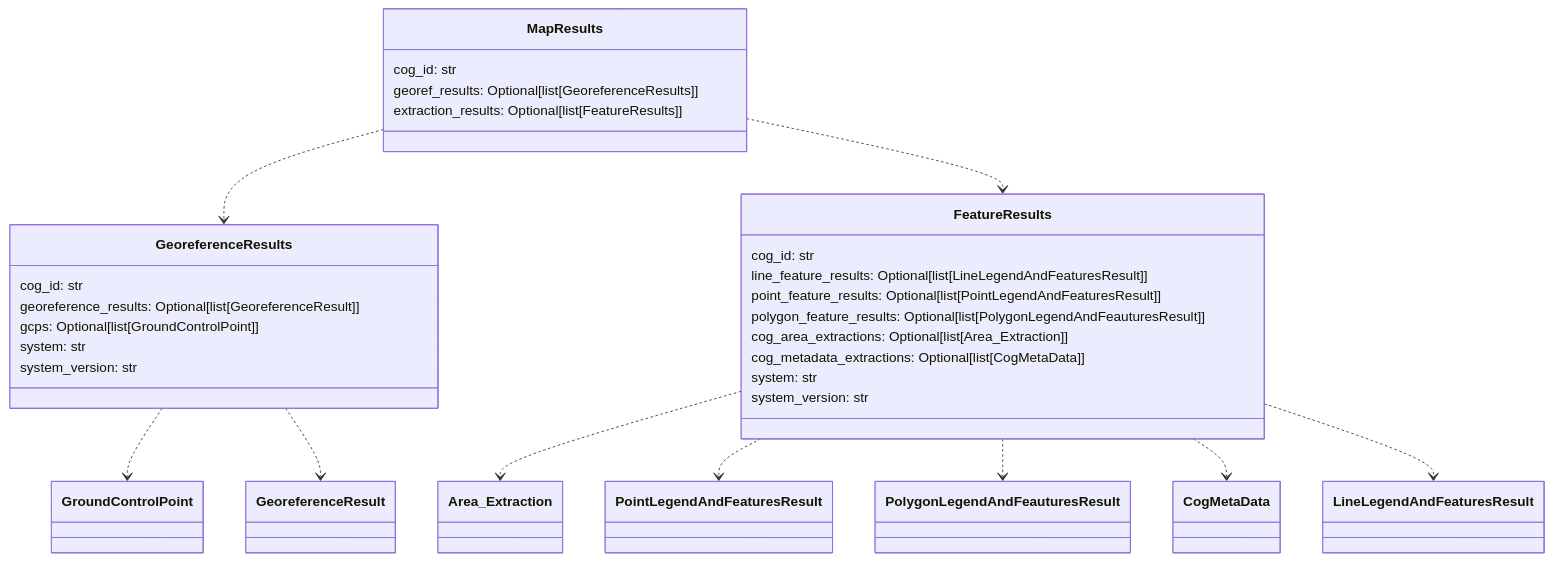
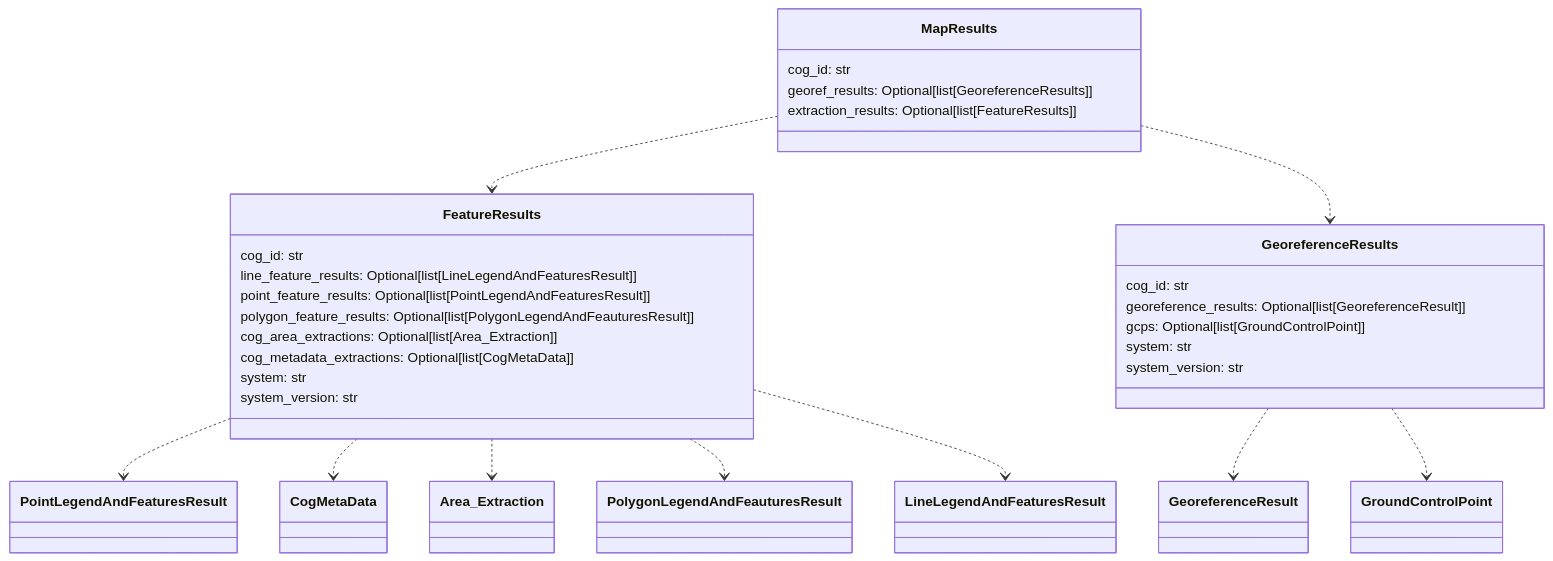
The tenth of 11 diagrams in README.md (DARPA-CRITICALMAAS/cdr_schemas), drawn with Mermaid before and after one commit. The commit also changed other lines of this file and 1 other file, not shown here.

````diff
--- a/README.md
+++ b/README.md
@@ -767,40 +767,40 @@
 ```mermaid
 classDiagram
 
     class GeoreferenceResults {
         cog_id: str
         georeference_results: Optional[list[GeoreferenceResult]]
         gcps: Optional[list[GroundControlPoint]]
         system: str
         system_version: str
+    }
+
+    class MapResults {
+        cog_id: str
+        georef_results: Optional[list[GeoreferenceResults]]
+        extraction_results: Optional[list[FeatureResults]]
     }
 
     class FeatureResults {
         cog_id: str
         line_feature_results: Optional[list[LineLegendAndFeaturesResult]]
         point_feature_results: Optional[list[PointLegendAndFeaturesResult]]
         polygon_feature_results: Optional[list[PolygonLegendAndFeauturesResult]]
         cog_area_extractions: Optional[list[Area_Extraction]]
         cog_metadata_extractions: Optional[list[CogMetaData]]
         system: str
         system_version: str
     }
 
-    class MapResults {
-        cog_id: str
-        georef_results: Optional[list[GeoreferenceResults]]
-        extraction_results: Optional[list[FeatureResults]]
-    }
-
+    FeatureResults ..> PointLegendAndFeaturesResult
+    FeatureResults ..> CogMetaData
     FeatureResults ..> Area_Extraction
-    FeatureResults ..> PointLegendAndFeaturesResult
     FeatureResults ..> PolygonLegendAndFeauturesResult
-    FeatureResults ..> CogMetaData
     FeatureResults ..> LineLegendAndFeaturesResult
+    GeoreferenceResults ..> GeoreferenceResult
     GeoreferenceResults ..> GroundControlPoint
-    GeoreferenceResults ..> GeoreferenceResult
+    MapResults ..> FeatureResults
     MapResults ..> GeoreferenceResults
-    MapResults ..> FeatureResults
 
 
 ```
````
